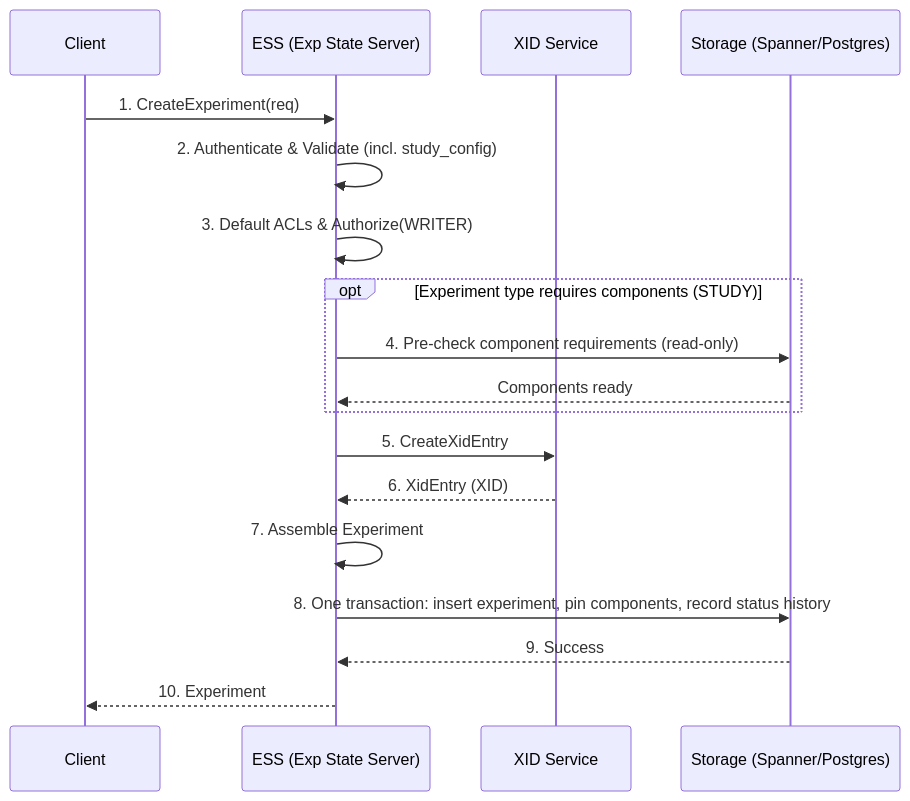
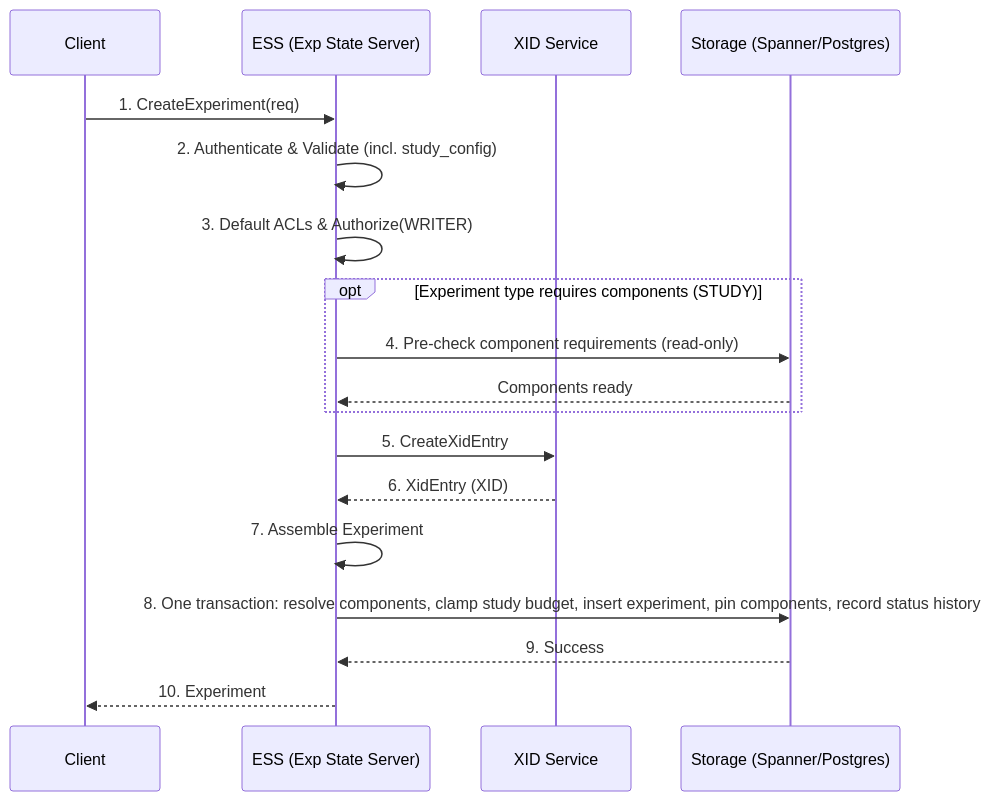
One commit to google/xmc changed the first of 4 diagrams in docs/flows/experiment_lifecycle.md. Above: the diagram before and after it, drawn with Mermaid. The commit also changed other lines of this file and 3 other files, not shown here.

First line of the commit message:
docs(ess): document study trial budget clamp

````diff
--- a/docs/flows/experiment_lifecycle.md
+++ b/docs/flows/experiment_lifecycle.md
@@ -14,21 +14,21 @@
 ```mermaid
 sequenceDiagram
     participant Client
     participant ESS as ESS (Exp State Server)
     participant XID as XID Service
     participant Storage as Storage (Spanner/Postgres)
 
     Client->>ESS: 1. CreateExperiment(req)
     ESS->>ESS: 2. Authenticate & Validate (incl. study_config)
     ESS->>ESS: 3. Default ACLs & Authorize(WRITER)
     opt Experiment type requires components (STUDY)
         ESS->>Storage: 4. Pre-check component requirements (read-only)
         Storage-->>ESS: Components ready
     end
     ESS->>XID: 5. CreateXidEntry
     XID-->>ESS: 6. XidEntry (XID)
     ESS->>ESS: 7. Assemble Experiment
-    ESS->>Storage: 8. One transaction: insert experiment, pin components, record status history
+    ESS->>Storage: 8. One transaction: resolve components, clamp study budget, insert experiment, pin components, record status history
     Storage-->>ESS: 9. Success
     ESS-->>Client: 10. Experiment
 ```
````
